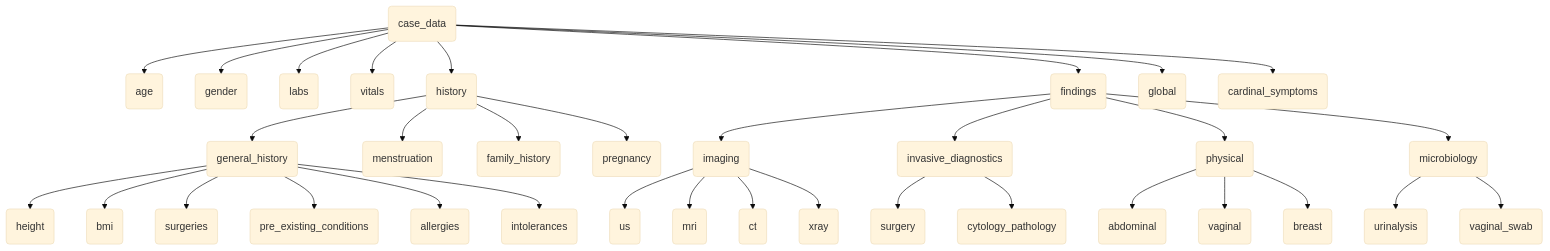
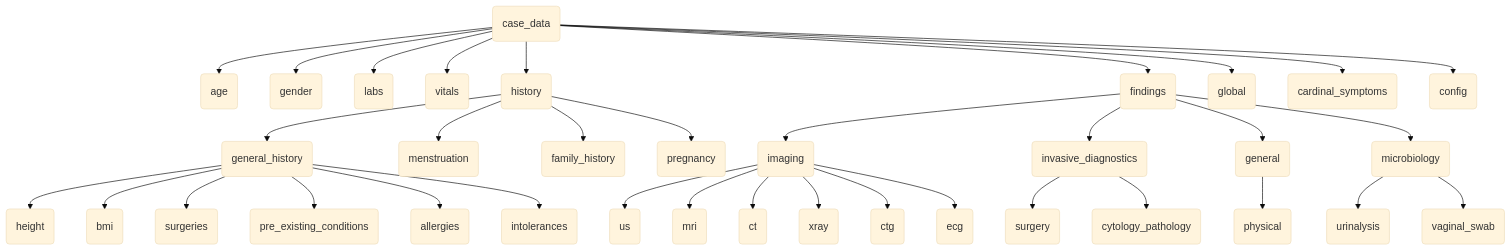
One commit to jan-cieslik/clinicedge_docs changed the diagram in docs/Database_Structure/3_2_2_case_templates.md. Above: the diagram before and after it, drawn with Mermaid (base theme). The commit also changed other lines of this file and 2 other files, not shown here.

Commit message:
Add config and small corrections

````diff
--- a/docs/Database_Structure/3_2_2_case_templates.md
+++ b/docs/Database_Structure/3_2_2_case_templates.md
@@ -65,36 +68,37 @@
 ```mermaid
 graph TD 
     A(case_data) --> B(age) 
     A --> C(gender) 
     A --> D(labs) 
     A --> E(vitals) 
     A --> F(history) 
     F --> F1(general_history) 
     F1 --> F2(height) 
     F1 --> F3(bmi) 
     F1 --> F4(surgeries) 
     F1 --> F5(pre_existing_conditions)
     F1 --> F6(allergies) 
     F1 --> F7(intolerances)   
     F --> F8(menstruation)
     F --> F9(family_history)
     F --> F10(pregnancy)
     A --> G(findings) 
     A --> G1(global) 
     G --> G2(imaging) 
     G2 --> G21(us) 
     G2 --> G22(mri) 
     G2 --> G23(ct) 
     G2 --> G24(xray) 
+    G2 --> G25(ctg) 
+    G2 --> G26(ecg) 
     G --> G3(invasive_diagnostics) 
     G3 --> G31(surgery) 
     G3 --> G32(cytology_pathology) 
-    G --> G4(physical) 
-    G4 --> G41(abdominal) 
-    G4 --> G42(vaginal) 
-    G4 --> G43(breast) 
+    G --> G4(general) 
+    G4 --> G41(physical)  
     G --> G5(microbiology) 
     G5 --> G51(urinalysis) 
     G5 --> G52(vaginal_swab) 
     A --> H(cardinal_symptoms)
+    A --> I(config)
 ```
````
